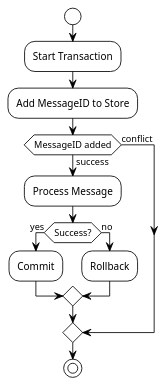
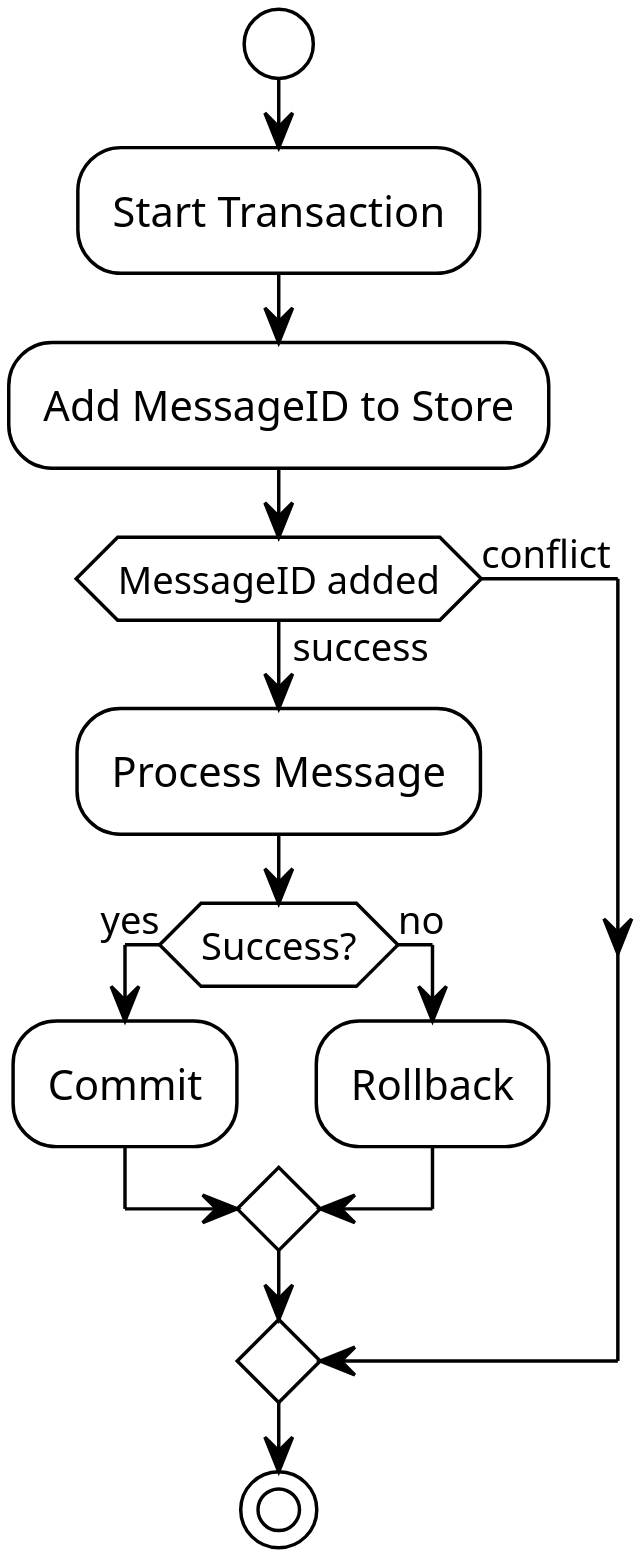
Before and after one commit to imaginestudio-ai/golang-ninja: the diagram in Event-Driven-Architecture-in-Golang/Chapter06/docs/Diagrams/deduplication_flow.puml, drawn with PlantUML. The commit also changed 5786 other files, not shown here.

```diff
--- a/Event-Driven-Architecture-in-Golang/Chapter06/docs/Diagrams/deduplication_flow.puml
+++ b/Event-Driven-Architecture-in-Golang/Chapter06/docs/Diagrams/deduplication_flow.puml
@@ -1,22 +1,22 @@
 @startuml
 'https://plantuml.com/activity-diagram-beta
 !theme plain
-'skinparam dpi 400
+skinparam dpi 400
 skinparam defaultFontName Jetbrains Mono
 
 start
 :Start Transaction;
 :Add MessageID to Store;
 if (MessageID added) then (success)
   :Process Message;
   if (Success?) then (yes)
     :Commit;
   else (no)
     :Rollback;
   endif
 else (conflict)
 
 endif
 stop
 
 @enduml
```
